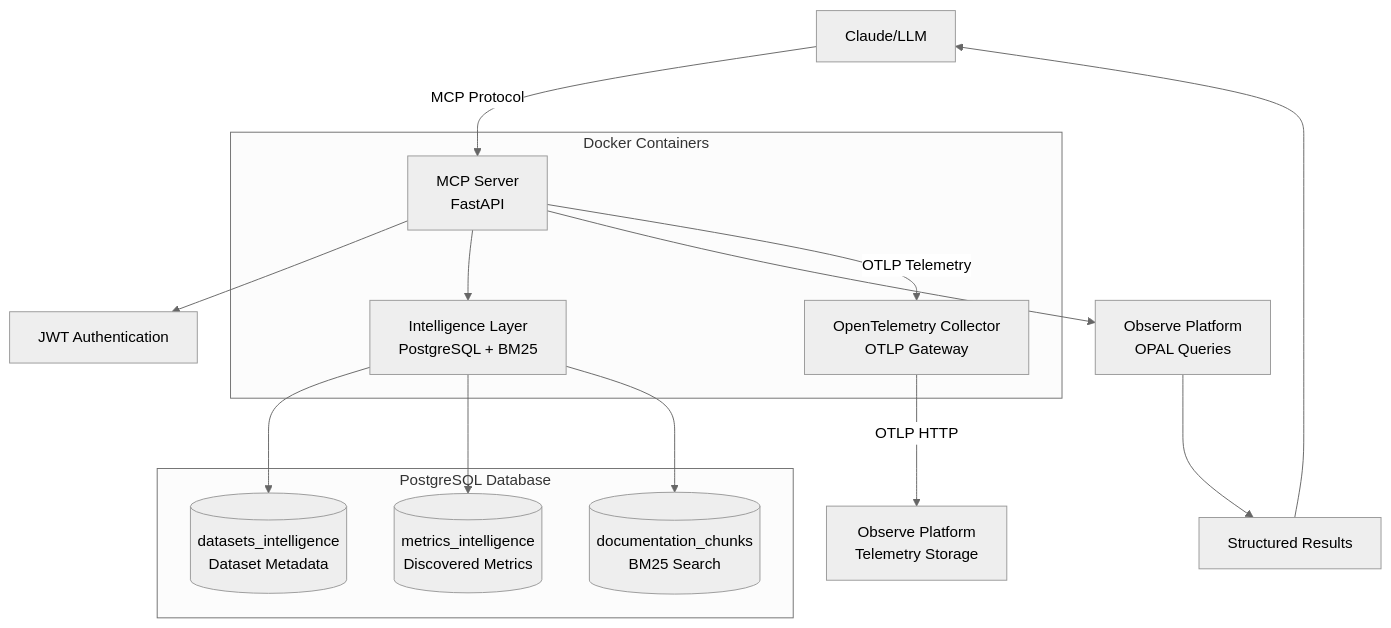
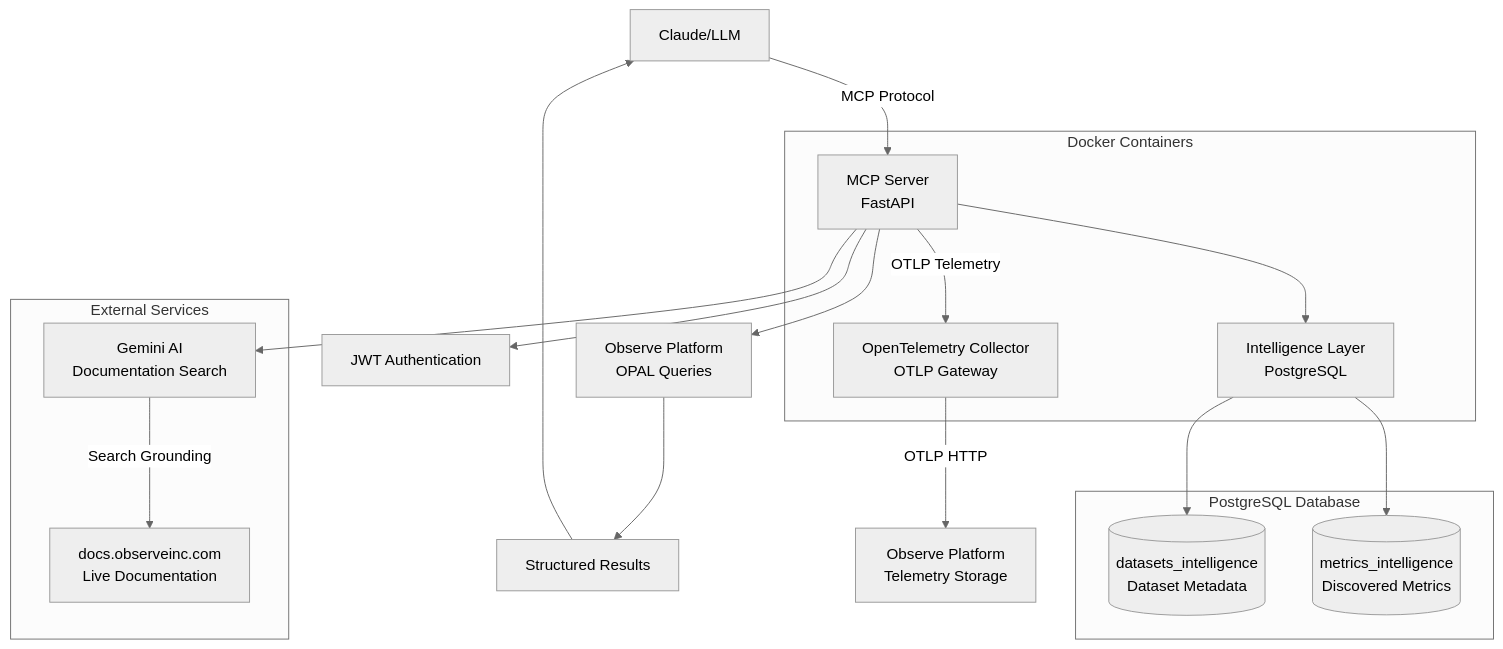
The diagram in README.md (rustomax/observe-community-mcp), drawn with Mermaid (neutral theme) before and after one commit. The commit also changed other lines of this file and 10 other files, not shown here.

Commit message:
feat: integrate Gemini AI for documentation search, replacing BM25 with real-time web access to enhance search capabilities and user experience; update environment configuration and remove deprecated scripts

````diff
--- a/README.md
+++ b/README.md
@@ -183,29 +185,35 @@
 ```mermaid
 graph TB
     Claude[Claude/LLM] -->|MCP Protocol| Server[MCP Server<br/>FastAPI]
     Server --> Auth[JWT Authentication]
-    Server --> Discovery[Intelligence Layer<br/>PostgreSQL + BM25]
+    Server --> Discovery[Intelligence Layer<br/>PostgreSQL]
+    Server --> GeminiAI[Gemini AI<br/>Documentation Search]
     Server --> ObserveAPI[Observe Platform<br/>OPAL Queries]
     Server -->|OTLP Telemetry| Collector[OpenTelemetry Collector<br/>OTLP Gateway]
 
     Discovery --> DatasetDB[(datasets_intelligence<br/>Dataset Metadata)]
     Discovery --> MetricsDB[(metrics_intelligence<br/>Discovered Metrics)]
-    Discovery --> DocsDB[(documentation_chunks<br/>BM25 Search)]
+
+    GeminiAI -->|Search Grounding| DocsWeb[docs.observeinc.com<br/>Live Documentation]
 
     ObserveAPI --> Results[Structured Results]
     Results --> Claude
 
     Collector -->|OTLP HTTP| ObservePlatform[Observe Platform<br/>Telemetry Storage]
 
     subgraph "PostgreSQL Database"
         DatasetDB
         MetricsDB
-        DocsDB
     end
 
     subgraph "Docker Containers"
         Server
         Discovery
         Collector
     end
+
+    subgraph "External Services"
+        GeminiAI
+        DocsWeb
+    end
 ```
````
